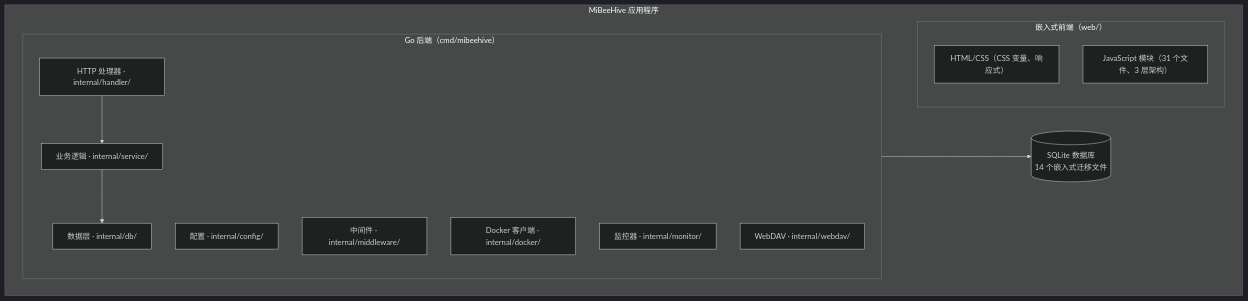
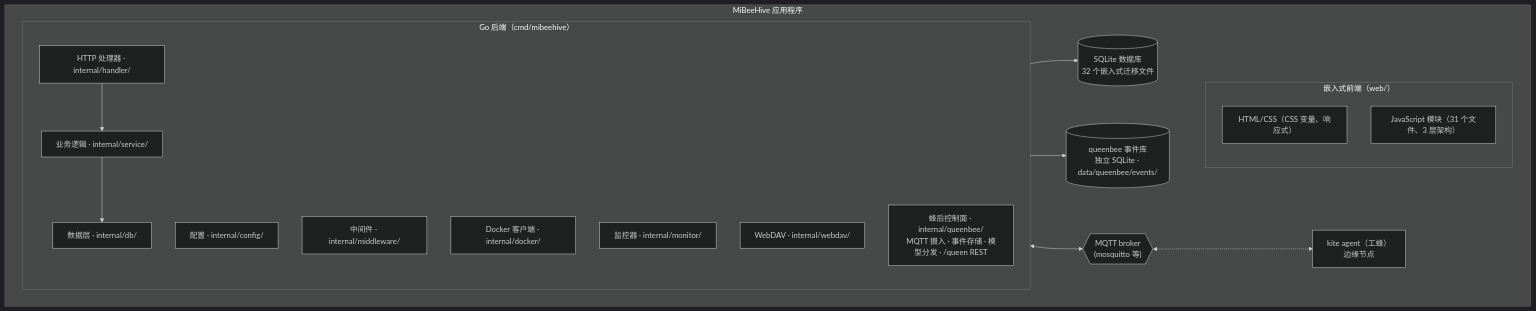
The first of 9 diagrams in mibeehive/zh-CN/architecture.md (Mi-Bee-Studio/mibee-docs), drawn with Mermaid (dark theme) before and after one commit. The commit also changed other lines of this file and 5 other files, not shown here.

````diff
--- a/mibeehive/zh-CN/architecture.md
+++ b/mibeehive/zh-CN/architecture.md
@@ -25,24 +40,29 @@
 ```mermaid
 flowchart TB
   subgraph APP["MiBeeHive 应用程序"]
     subgraph BE["Go 后端（cmd/mibeehive）"]
       direction TB
       H["HTTP 处理器 · internal/handler/"]
       S["业务逻辑 · internal/service/"]
       D["数据层 · internal/db/"]
       C["配置 · internal/config/"]
       M["中间件 · internal/middleware/"]
       DK["Docker 客户端 · internal/docker/"]
       MO["监控器 · internal/monitor/"]
       WV["WebDAV · internal/webdav/"]
+      QB["蜂后控制面 · internal/queenbee/<br/>MQTT 摄入 · 事件存储 · 模型分发 · /queen REST"]
       H --> S --> D
     end
     subgraph FE["嵌入式前端（web/）"]
       direction TB
       F1["HTML/CSS（CSS 变量、响应式）"]
       F2["JavaScript 模块（31 个文件、3 层架构）"]
     end
-    DB[("SQLite 数据库<br/>14 个嵌入式迁移文件")]
+    DB[("SQLite 数据库<br/>32 个嵌入式迁移文件")]
     D --> DB
+    QB --> EQ[("queenbee 事件库<br/>独立 SQLite · data/queenbee/events/")]
+    MQ{{"MQTT broker<br/>(mosquitto 等)"}}
+    QB <--> MQ
+    MQ <-.-> K["kite agent（工蜂）<br/>边缘节点"]
   end
 ```
````
